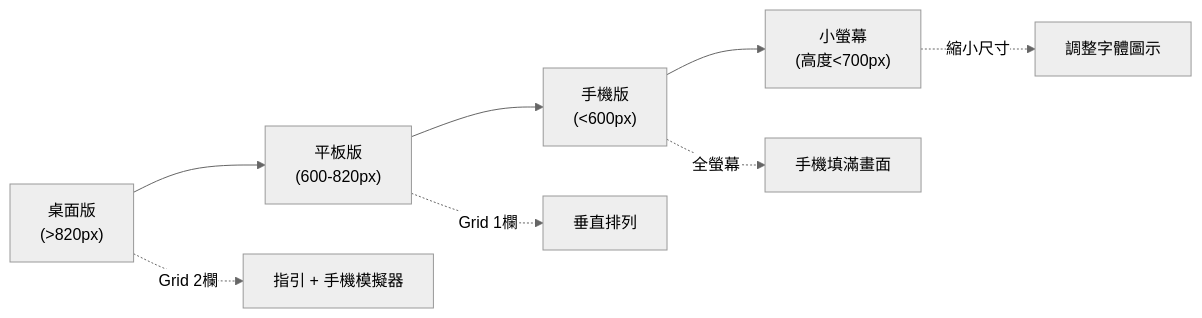
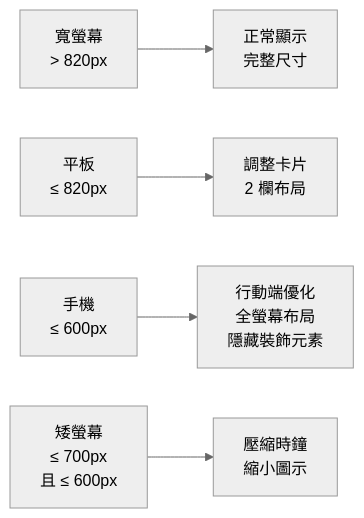
Before and after one commit to cuteman0725/phone-practice: the fifth of 19 diagrams in style.md, drawn with Mermaid (neutral theme). The commit also changed other lines of this file and 8 other files, not shown here.

````diff
--- a/style.md
+++ b/style.md
@@ -68,11 +99,10 @@
 ```mermaid
 flowchart LR
-    Desktop["桌面版<br/>(>820px)"] --> Tablet["平板版<br/>(600-820px)"]
-    Tablet --> Mobile["手機版<br/>(<600px)"]
-    Mobile --> SmallMobile["小螢幕<br/>(高度<700px)"]
+    Wide[寬螢幕<br/>> 820px] --> Normal[正常顯示<br/>完整尺寸]
     
-    Desktop -.->|Grid 2欄| Layout1[指引 + 手機模擬器]
-    Tablet -.->|Grid 1欄| Layout2[垂直排列]
-    Mobile -.->|全螢幕| Layout3[手機填滿畫面]
-    SmallMobile -.->|縮小尺寸| Layout4[調整字體圖示]
+    Tablet[平板<br/>≤ 820px] --> Adjust1[調整卡片<br/>2 欄布局]
+    
+    Mobile[手機<br/>≤ 600px] --> Adjust2[行動端優化<br/>全螢幕布局<br/>隱藏裝飾元素]
+    
+    Short[矮螢幕<br/>≤ 700px<br/>且 ≤ 600px] --> Adjust3[壓縮時鐘<br/>縮小圖示]
 ```
````
